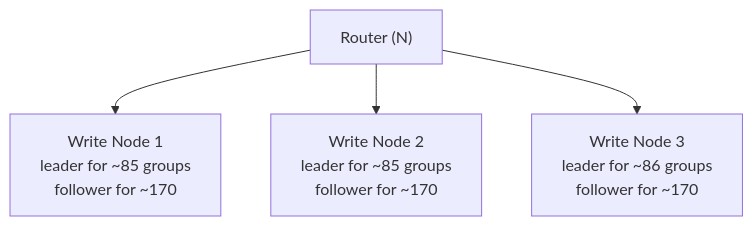
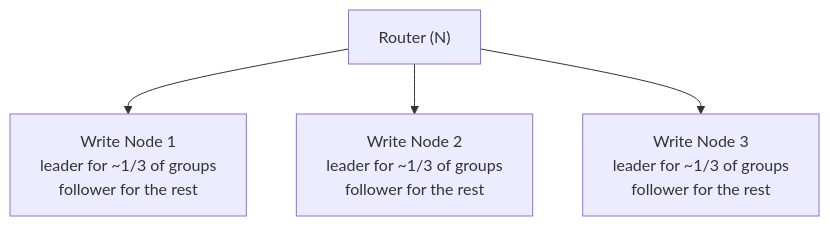
The first of 4 diagrams in docs/architecture.md (fastpaca/starcite), drawn with Mermaid before and after one commit. The commit also changed other lines of this file, not shown here.

````diff
--- a/docs/architecture.md
+++ b/docs/architecture.md
@@ -25,6 +26,6 @@
 ```mermaid
 graph TD
-    R["Router (N)"] --> W1["Write Node 1<br/>leader for ~85 groups<br/>follower for ~170"]
-    R --> W2["Write Node 2<br/>leader for ~85 groups<br/>follower for ~170"]
-    R --> W3["Write Node 3<br/>leader for ~86 groups<br/>follower for ~170"]
+    R["Router (N)"] --> W1["Write Node 1<br/>leader for ~1/3 of groups<br/>follower for the rest"]
+    R --> W2["Write Node 2<br/>leader for ~1/3 of groups<br/>follower for the rest"]
+    R --> W3["Write Node 3<br/>leader for ~1/3 of groups<br/>follower for the rest"]
 ```
````
